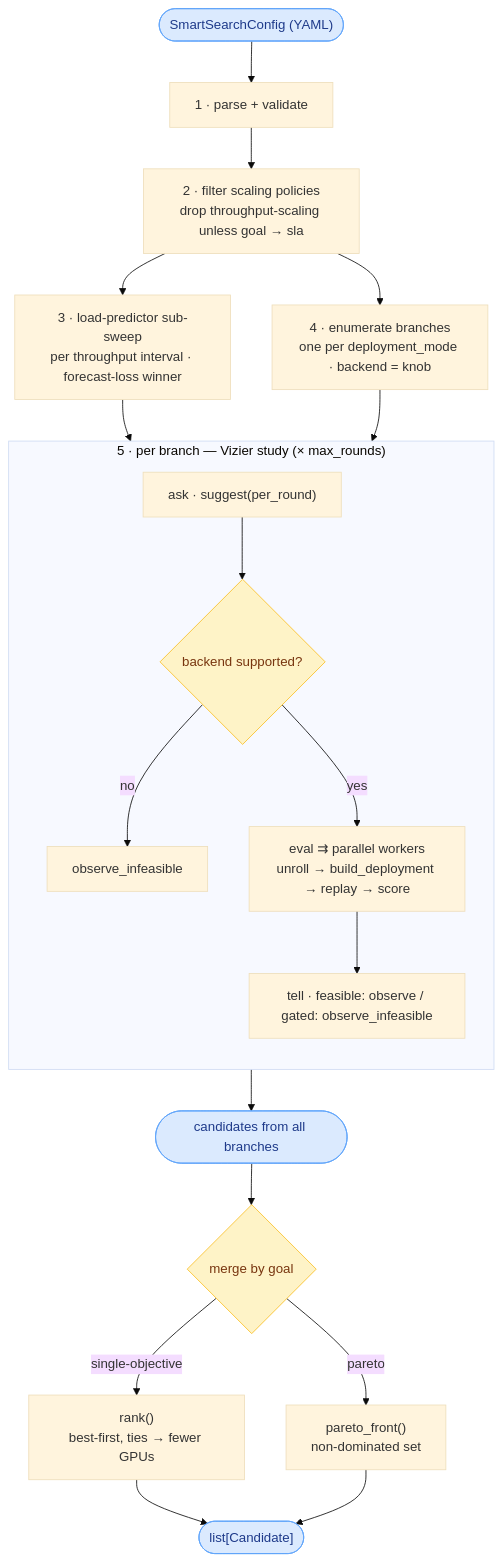
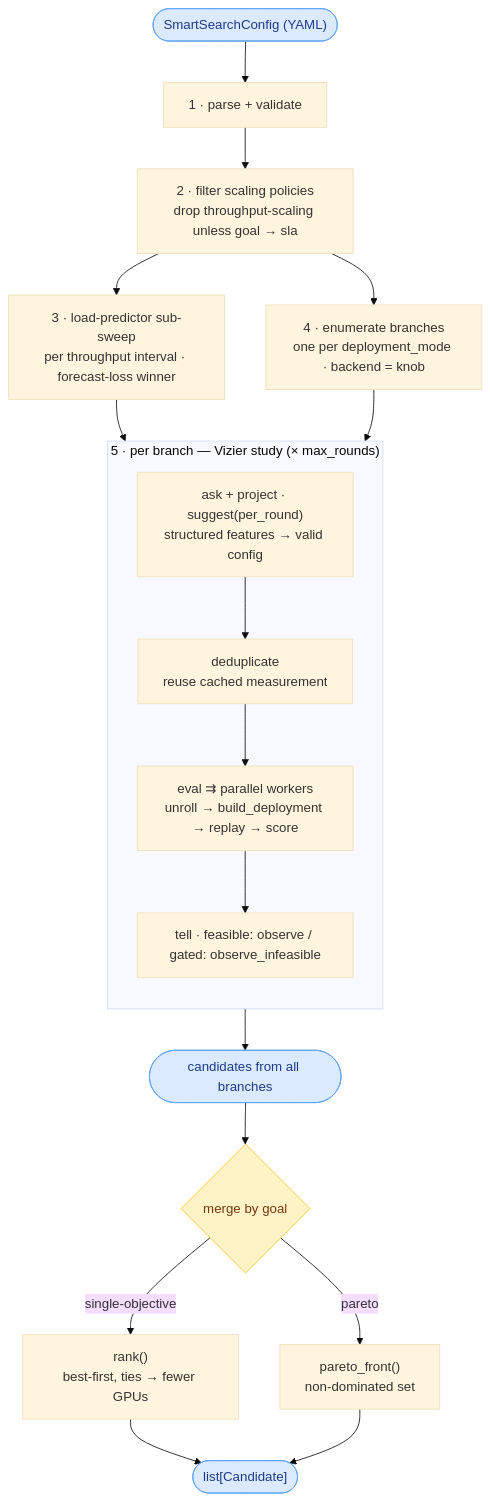
One commit to ai-dynamo/aiconfigurator changed the diagram in spica/docs/overview.md. Above: the diagram before and after it, drawn with Mermaid (base theme). The commit also changed other lines of this file and 7 other files, not shown here.

Commit message:
refactor(spica): make structured parallel search default

````diff
--- a/spica/docs/overview.md
+++ b/spica/docs/overview.md
@@ -144,25 +144,24 @@
 ```mermaid
 flowchart TD
   Y(["SmartSearchConfig (YAML)"]):::io --> V["1 · parse + validate"]
   V --> F["2 · filter scaling policies<br/>drop throughput-scaling unless goal → sla"]
   F --> P["3 · load-predictor sub-sweep<br/>per throughput interval · forecast-loss winner"]
   F --> E["4 · enumerate branches<br/>one per deployment_mode · backend = knob"]
   P --> A
   E --> A
   subgraph L["5 · per branch — Vizier study (× max_rounds)"]
     direction TB
-    A["ask · suggest(per_round)"] --> G{"backend supported?"}
-    G -->|no| OI["observe_infeasible"]
-    G -->|yes| EV["eval ⇉ parallel workers<br/>unroll → build_deployment → replay → score"]
+    A["ask + project · suggest(per_round)<br/>structured features → valid config"] --> D["deduplicate<br/>reuse cached measurement"]
+    D --> EV["eval ⇉ parallel workers<br/>unroll → build_deployment → replay → score"]
     EV --> T["tell · feasible: observe / gated: observe_infeasible"]
   end
   T --> C(["candidates from all branches"]):::io
   C --> M{"merge by goal"}
   M -->|single-objective| R["rank()<br/>best-first, ties → fewer GPUs"]
   M -->|pareto| PF["pareto_front()<br/>non-dominated set"]
   R --> OUT(["list[Candidate]"]):::io
   PF --> OUT
   classDef io fill:#dbeafe,stroke:#60a5fa,color:#1e3a8a;
   classDef decision fill:#fef3c7,stroke:#fbbf24,color:#78350f;
-  class G,M decision;
+  class M decision;
 ```
````
